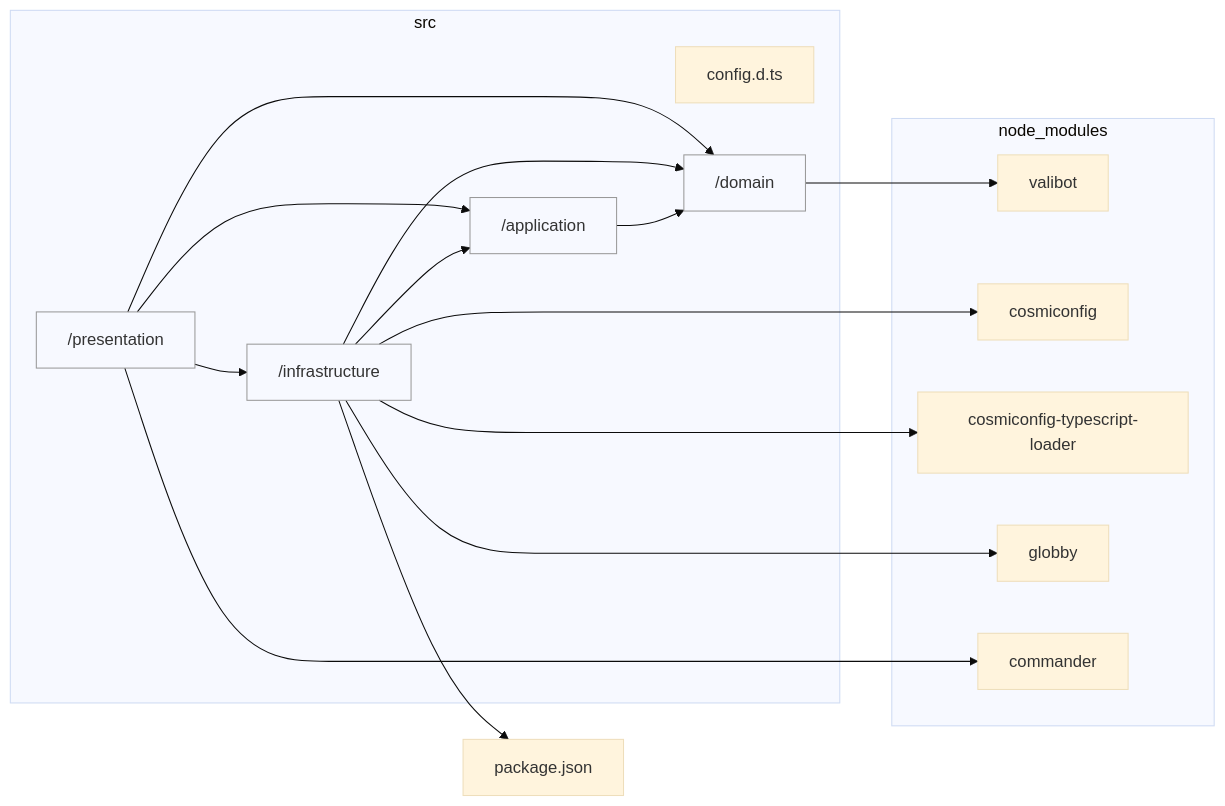
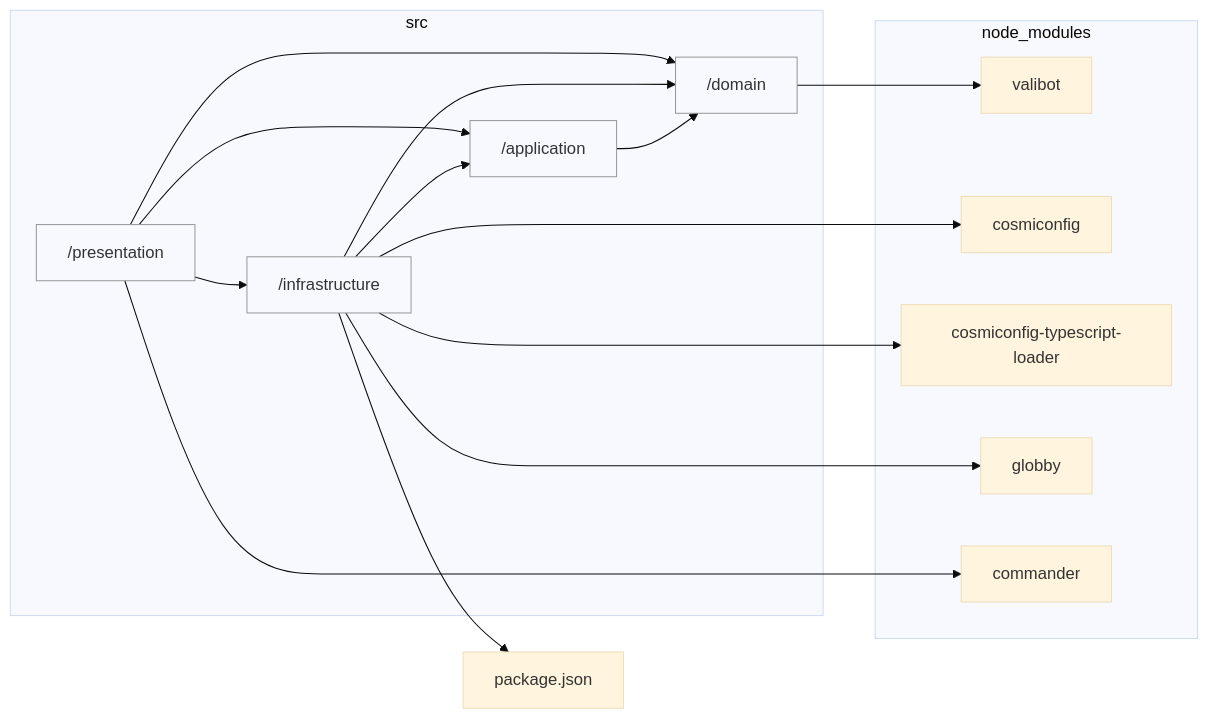
The diagram in docs/reports/dependencies/layers.md (sugurutakahashi-1234/mermaid-markdown-wrap), drawn with Mermaid (base theme) before and after one commit. The commit also changed 11 other files, not shown here.

First line of the commit message:
feat: add JSON Schema support and configuration files [deps-change]

````diff
--- a/docs/reports/dependencies/layers.md
+++ b/docs/reports/dependencies/layers.md
@@ -7,30 +7,29 @@
 ```mermaid
 flowchart LR
     classDef dir fill:#0000,stroke:#999
     subgraph src["src"]
-        src/config.d.ts["config.d.ts"]
         src/domain["/domain"]:::dir
         src/application["/application"]:::dir
         src/infrastructure["/infrastructure"]:::dir
         src/presentation["/presentation"]:::dir
     end
     subgraph node//modules["node_modules"]
         node//modules/valibot/dist/index.d.cts["valibot"]
         node//modules/cosmiconfig/dist/index.d.ts["cosmiconfig"]
         node//modules/cosmiconfig//typescript//loader/dist/types/index.d.ts["cosmiconfig-typescript-loader"]
         node//modules/globby/index.d.ts["globby"]
         node//modules/commander/typings/index.d.ts["commander"]
     end
     src/domain-->node//modules/valibot/dist/index.d.cts
     src/application-->src/domain
     src/infrastructure-->node//modules/cosmiconfig/dist/index.d.ts
     src/infrastructure-->node//modules/cosmiconfig//typescript//loader/dist/types/index.d.ts
     src/infrastructure-->src/domain
     src/infrastructure-->src/application
     src/infrastructure-->node//modules/globby/index.d.ts
     src/infrastructure-->package.json
     src/presentation-->src/application
     src/presentation-->src/domain
     src/presentation-->src/infrastructure
     src/presentation-->node//modules/commander/typings/index.d.ts
 ```
````
